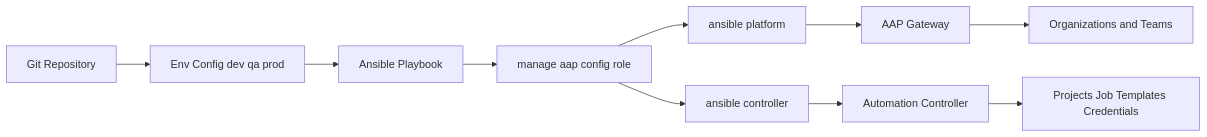
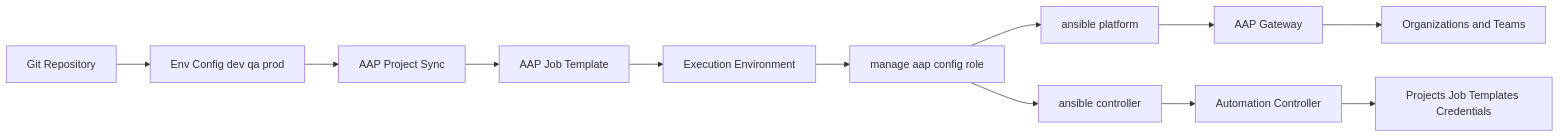
Before and after one commit to taiseerhussein/import-config: the first of 2 diagrams in README.md, drawn with Mermaid. The commit also changed other lines of this file, not shown here.

````diff
--- a/README.md
+++ b/README.md
@@ -34,15 +36,18 @@
 ```mermaid
 flowchart LR
     A[Git Repository] --> B[Env Config dev qa prod]
-    B --> C[Ansible Playbook]
-    C --> D[manage aap config role]
+    B --> C[AAP Project Sync]
+    C --> D[AAP Job Template]
+    D --> E[Execution Environment]
 
-    D --> E[ansible platform]
-    D --> F[ansible controller]
+    E --> F[manage aap config role]
 
-    E --> G[AAP Gateway]
-    F --> H[Automation Controller]
+    F --> G[ansible platform]
+    F --> H[ansible controller]
 
-    G --> I[Organizations and Teams]
-    H --> J[Projects Job Templates Credentials]
+    G --> I[AAP Gateway]
+    H --> J[Automation Controller]
+
+    I --> K[Organizations and Teams]
+    J --> L[Projects Job Templates Credentials]
 ```
````
